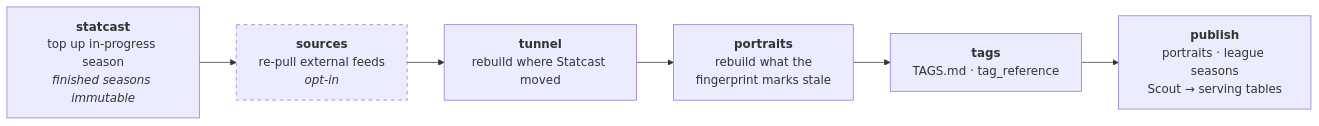
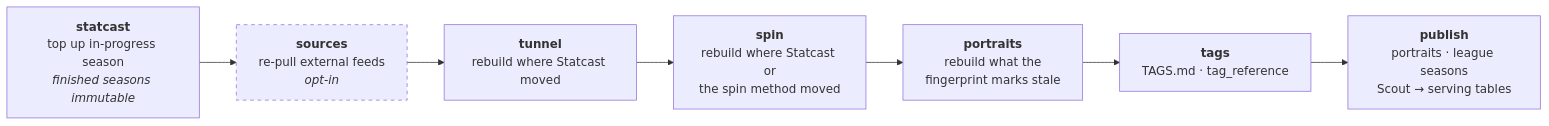
Before and after one commit to SebastianAbarca/baseball-analytics: the fourth of 7 diagrams in docs/ARCHITECTURE.md, drawn with Mermaid. The commit also changed other lines of this file and 8 other files, not shown here.

````diff
--- a/docs/ARCHITECTURE.md
+++ b/docs/ARCHITECTURE.md
@@ -172,13 +172,14 @@
 ```mermaid
 flowchart LR
     S1["<b>statcast</b><br/>top up in-progress season<br/><i>finished seasons immutable</i>"]
     S2["<b>sources</b><br/>re-pull external feeds<br/><i>opt-in</i>"]
     S3["<b>tunnel</b><br/>rebuild where Statcast moved"]
+    S3b["<b>spin</b><br/>rebuild where Statcast or<br/>the spin method moved"]
     S4["<b>portraits</b><br/>rebuild what the<br/>fingerprint marks stale"]
     S5["<b>tags</b><br/>TAGS.md · tag_reference"]
     S6["<b>publish</b><br/>portraits · league seasons<br/>Scout → serving tables"]
 
-    S1 --> S2 --> S3 --> S4 --> S5 --> S6
+    S1 --> S2 --> S3 --> S3b --> S4 --> S5 --> S6
 
     style S2 stroke-dasharray: 5 5
 ```
````
